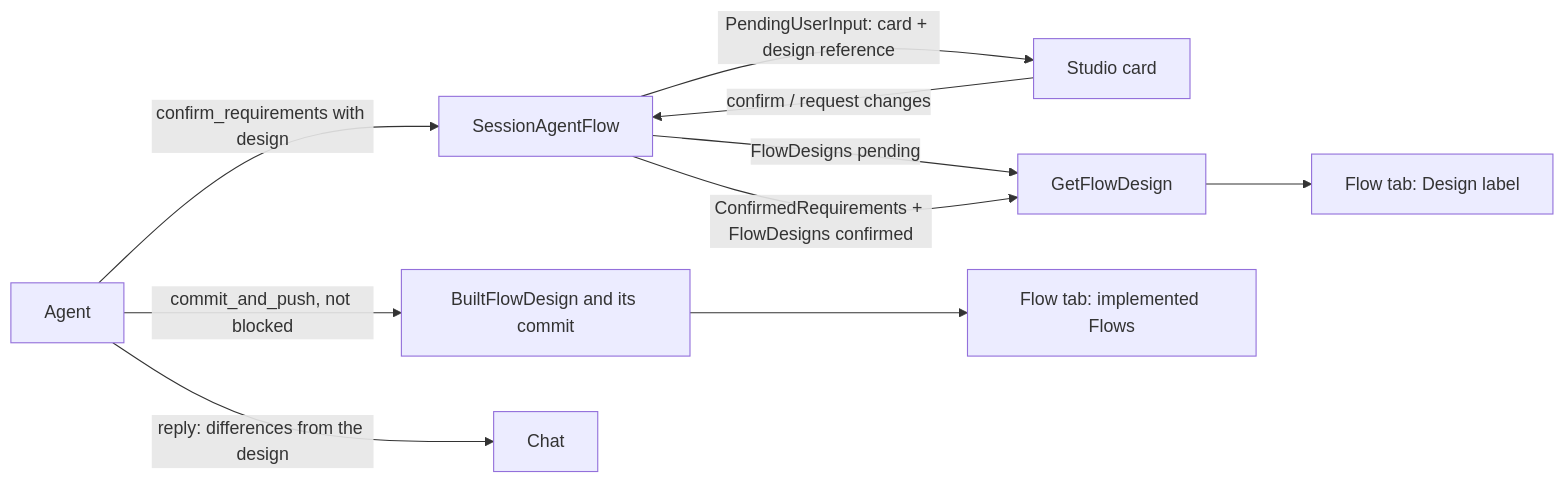
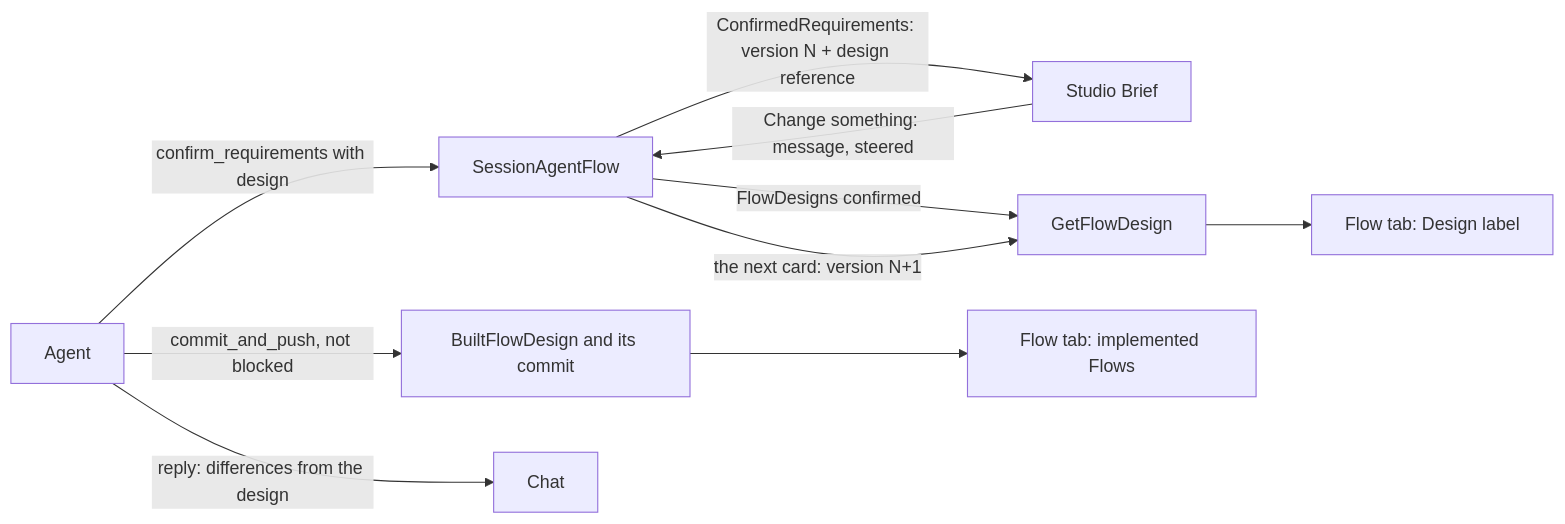
The diagram in docs/architecture/design-first/README.md (superdurable/superverse), drawn with Mermaid before and after one commit. The commit also changed other lines of this file and 162 other files, not shown here.

First line of the commit message:
CARDFLOW, FIRSTMSG: The requirements card does not wait, and the first message goes with CreateProject

````diff
--- a/docs/architecture/design-first/README.md
+++ b/docs/architecture/design-first/README.md
@@ -23,12 +25,12 @@
 ```mermaid
 flowchart LR
   agent[Agent] -->|confirm_requirements with design| session[SessionAgentFlow]
-  session -->|PendingUserInput: card + design reference| studio[Studio card]
-  session -->|FlowDesigns pending| read[GetFlowDesign]
+  session -->|ConfirmedRequirements: version N + design reference| studio[Studio Brief]
+  session -->|FlowDesigns confirmed| read[GetFlowDesign]
   read --> canvas[Flow tab: Design label]
-  studio -->|confirm / request changes| session
-  session -->|ConfirmedRequirements + FlowDesigns confirmed| read
+  studio -->|Change something: message, steered| session
+  session -->|the next card: version N+1| read
   agent -->|commit_and_push, not blocked| built[BuiltFlowDesign and its commit]
   built --> implemented[Flow tab: implemented Flows]
   agent -->|reply: differences from the design| chat[Chat]
 ```
````
